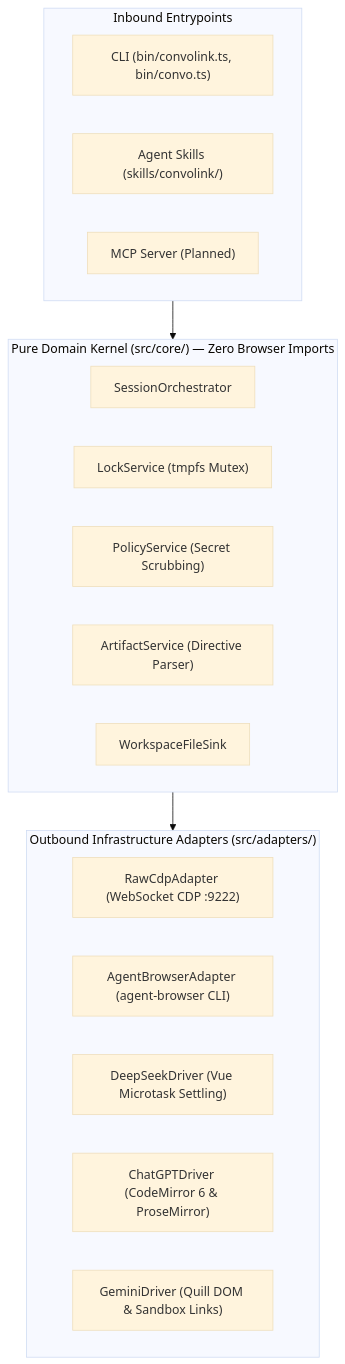
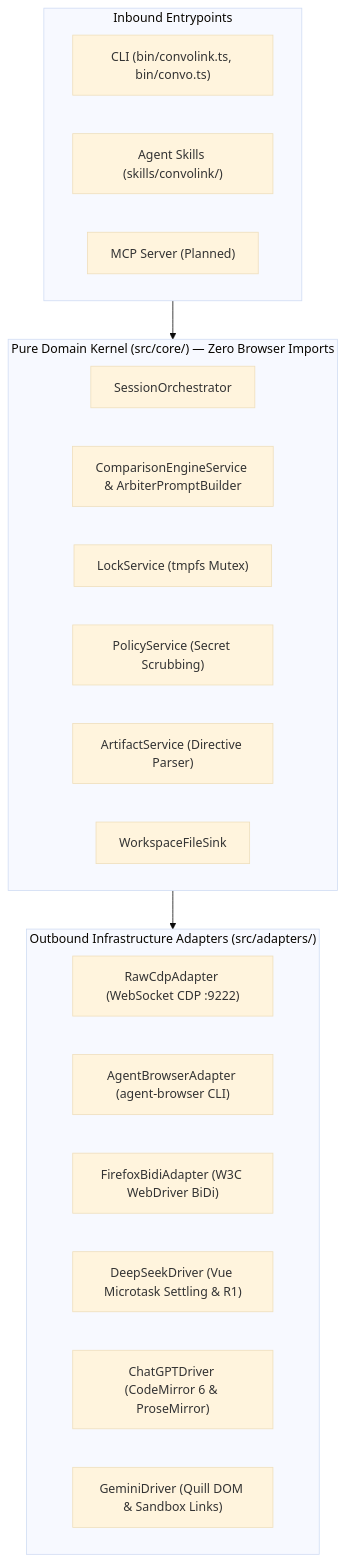
One commit to 0xTanzim/convolink changed the diagram in README.md. Above: the diagram before and after it, drawn with Mermaid (base theme). The commit also changed other lines of this file, not shown here.

Commit message:
docs: update README with Arbiter consensus, Firefox BiDi transport, and 2026 driver selectors

````diff
--- a/README.md
+++ b/README.md
@@ -40,27 +42,29 @@
 ```mermaid
 flowchart TD
     subgraph InboundEntrypoints ["Inbound Entrypoints"]
         CLI["CLI (bin/convolink.ts, bin/convo.ts)"]
         Skills["Agent Skills (skills/convolink/)"]
         MCP["MCP Server (Planned)"]
     end
 
     subgraph CoreKernel ["Pure Domain Kernel (src/core/) — Zero Browser Imports"]
         Orchestrator["SessionOrchestrator"]
+        ComparisonEngine["ComparisonEngineService & ArbiterPromptBuilder"]
         LockService["LockService (tmpfs Mutex)"]
         PolicyService["PolicyService (Secret Scrubbing)"]
         ArtifactService["ArtifactService (Directive Parser)"]
         WorkspaceSink["WorkspaceFileSink"]
     end
 
     subgraph OutboundAdapters ["Outbound Infrastructure Adapters (src/adapters/)"]
         CDP["RawCdpAdapter (WebSocket CDP :9222)"]
         AgentBrowser["AgentBrowserAdapter (agent-browser CLI)"]
-        DeepSeek["DeepSeekDriver (Vue Microtask Settling)"]
+        FirefoxBiDi["FirefoxBidiAdapter (W3C WebDriver BiDi)"]
+        DeepSeek["DeepSeekDriver (Vue Microtask Settling & R1)"]
         ChatGPT["ChatGPTDriver (CodeMirror 6 & ProseMirror)"]
         Gemini["GeminiDriver (Quill DOM & Sandbox Links)"]
     end
 
     InboundEntrypoints --> CoreKernel
     CoreKernel --> OutboundAdapters
 ```
````
